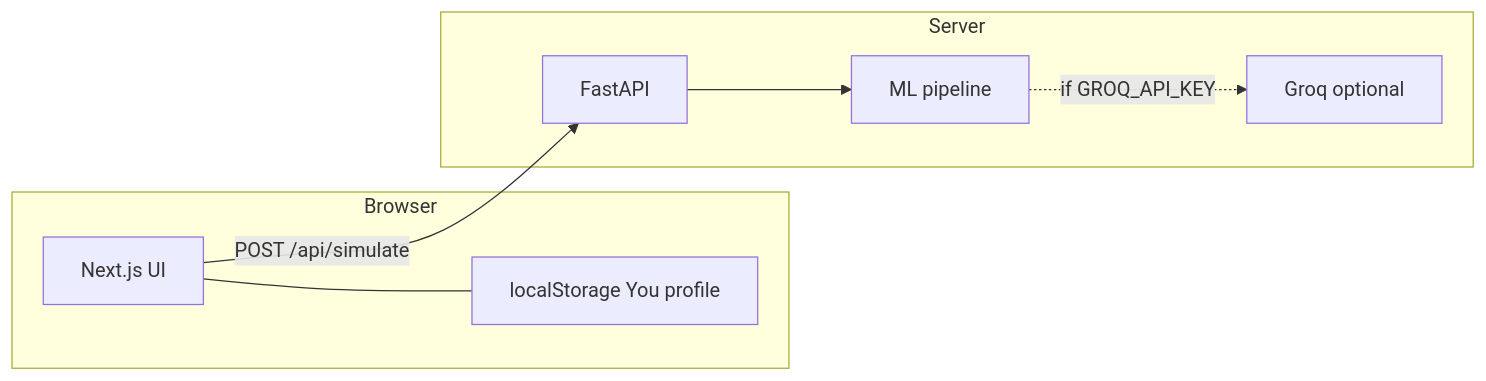
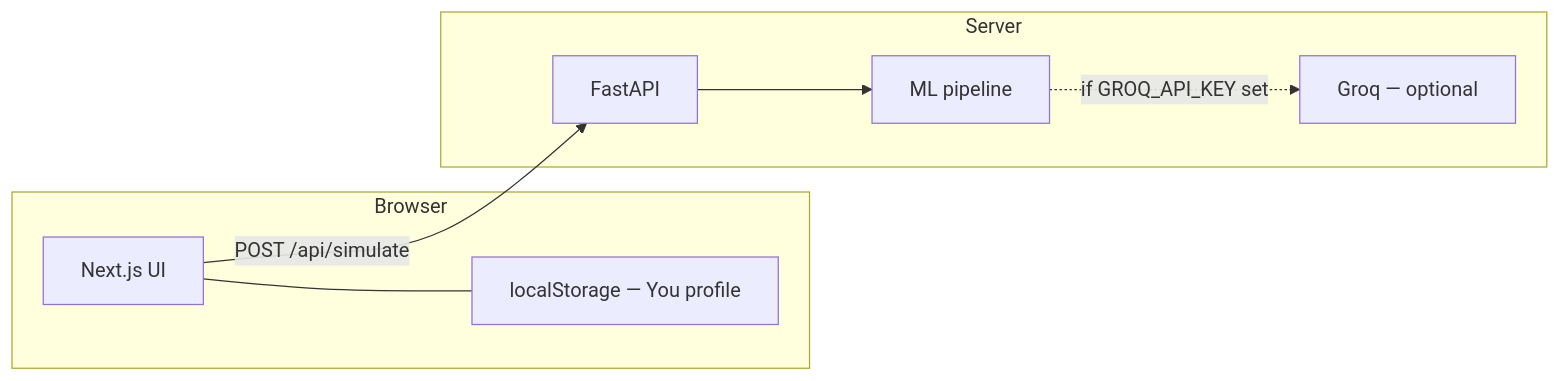
Before and after one commit to bharqav/MediTwin_NotInterested: the diagram in README.md, drawn with Mermaid. The commit also changed other lines of this file, not shown here.

Commit message:
docs: update README with API keys section and clean formatting

````diff
--- a/README.md
+++ b/README.md
@@ -138,16 +180,16 @@
 ```mermaid
 flowchart LR
   subgraph Browser
     UI[Next.js UI]
-    LS[localStorage You profile]
+    LS[localStorage — You profile]
   end
   subgraph Server
     API[FastAPI]
     ML[ML pipeline]
-    LLM[Groq optional]
+    LLM[Groq — optional]
   end
   UI -->|POST /api/simulate| API
   API --> ML
-  ML -.->|if GROQ_API_KEY| LLM
+  ML -.->|if GROQ_API_KEY set| LLM
   UI --- LS
 ```
````
